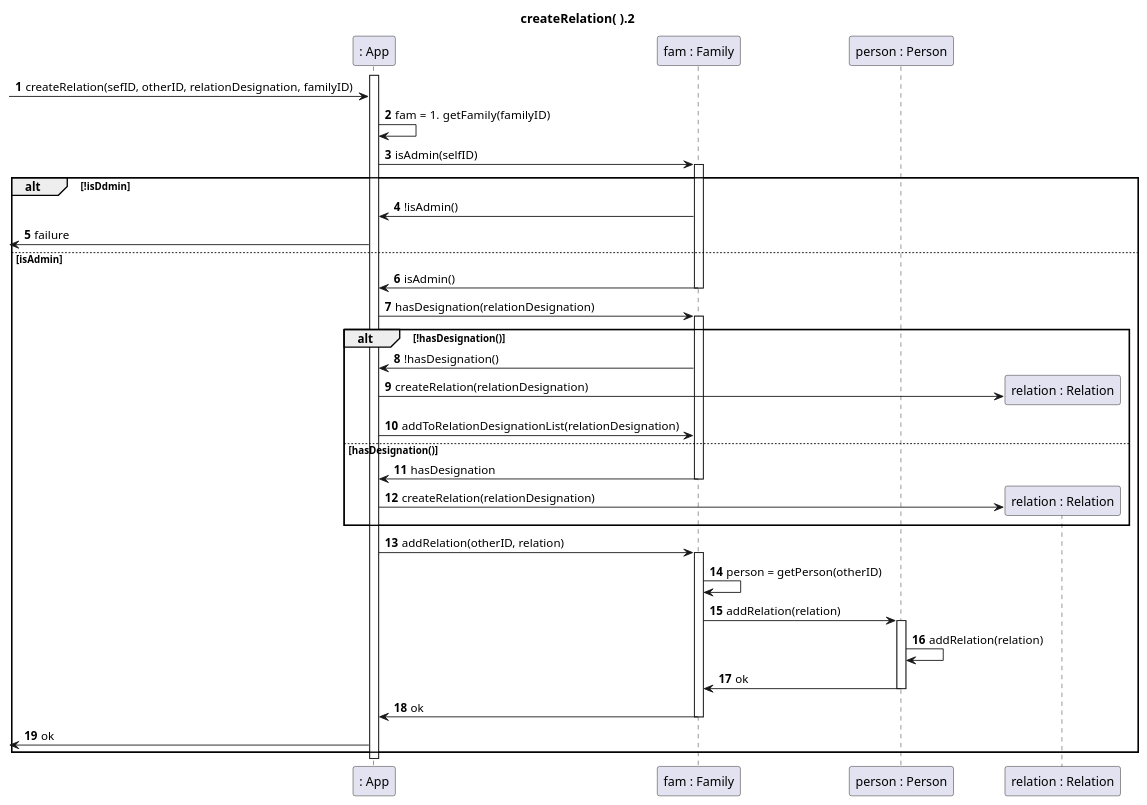
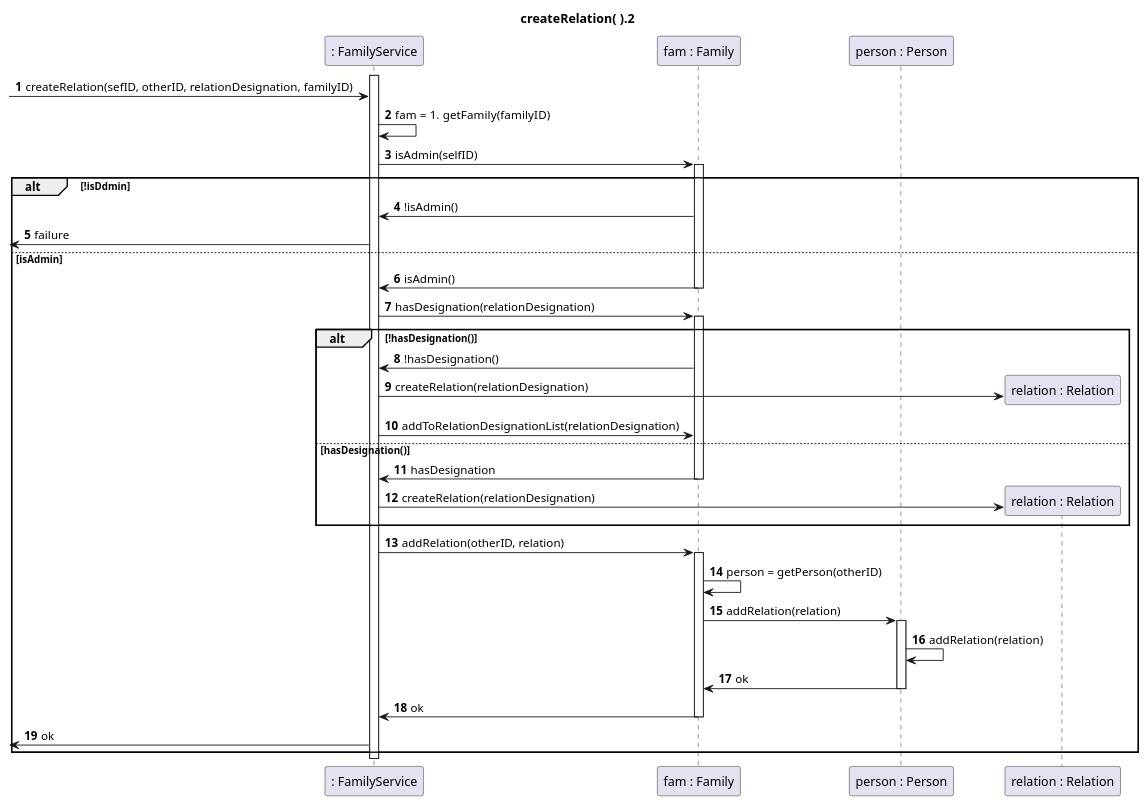
Before and after one commit to tomas-osswald/switch_2020_g3: the third of 4 diagrams in docs/US105 AddRelation.md, drawn with PlantUML. The commit also changed other lines of this file and 9 other files, not shown here.

Commit message:
Added FamilyService and updated docs

````diff
--- a/docs/US105 AddRelation.md
+++ b/docs/US105 AddRelation.md
@@ -131,58 +139,58 @@
 ```puml
 autonumber
 title createRelation( ).2
 
-participant ": App" as app
+participant ": FamilyService" as service
 participant "fam : Family" as fam
 participant "person : Person" as person
 
-activate app
--> app : createRelation(sefID, otherID, relationDesignation, familyID)
-app -> app : fam =  1. getFamily(familyID)
+activate service
+-> service : createRelation(sefID, otherID, relationDesignation, familyID)
+service -> service : fam =  1. getFamily(familyID)
 
-app -> fam : isAdmin(selfID)
+service -> fam : isAdmin(selfID)
 activate fam
 
 alt !isDdmin
-fam -> app : !isAdmin()
-<- app : failure
+fam -> service : !isAdmin()
+<- service : failure
 
 else isAdmin
 
-fam -> app: isAdmin()
+fam -> service: isAdmin()
 deactivate fam
-app -> fam : hasDesignation(relationDesignation)
+service -> fam : hasDesignation(relationDesignation)
 activate fam
 
 alt !hasDesignation()
-fam -> app : !hasDesignation()
+fam -> service : !hasDesignation()
 
 
-app -> "relation : Relation"** : createRelation(relationDesignation)
-app -> fam : addToRelationDesignationList(relationDesignation)
+service -> "relation : Relation"** : createRelation(relationDesignation)
+service -> fam : addToRelationDesignationList(relationDesignation)
 
 else hasDesignation()
 
-fam -> app : hasDesignation
+fam -> service : hasDesignation
 deactivate fam
-app -> "relation : Relation"** : createRelation(relationDesignation)
+service -> "relation : Relation"** : createRelation(relationDesignation)
 
 end
 
-app -> fam : addRelation(otherID, relation)
+service -> fam : addRelation(otherID, relation)
 activate fam
 fam -> fam : person = getPerson(otherID)
 fam -> person : addRelation(relation)
 activate person
 person -> person : addRelation(relation)
 person -> fam : ok
 deactivate person
-fam -> app : ok
+fam -> service : ok
 deactivate fam
-<- app : ok
+<- service : ok
 
 end
 
-deactivate app
+deactivate service
 
 ```
````
